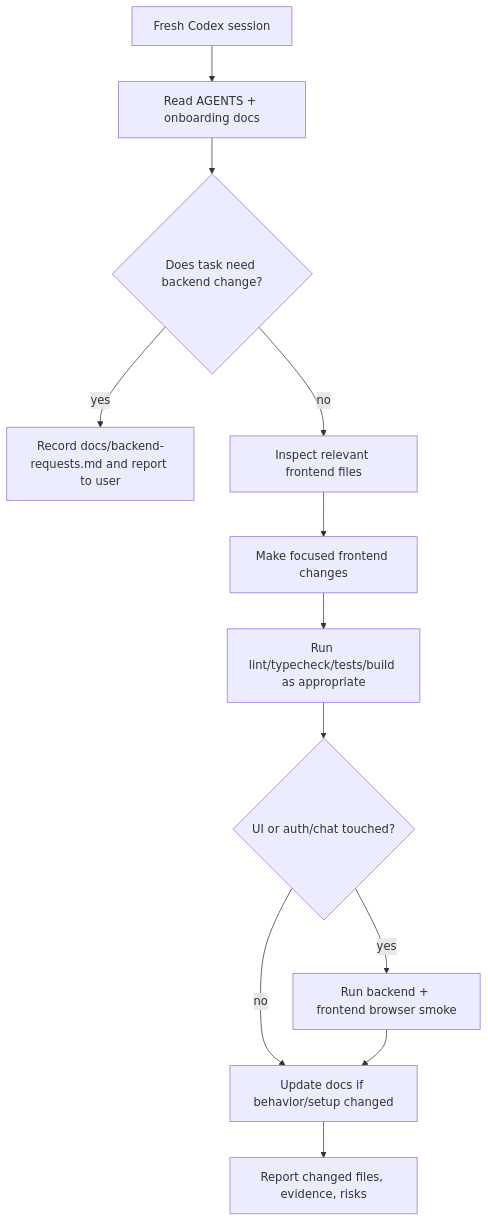
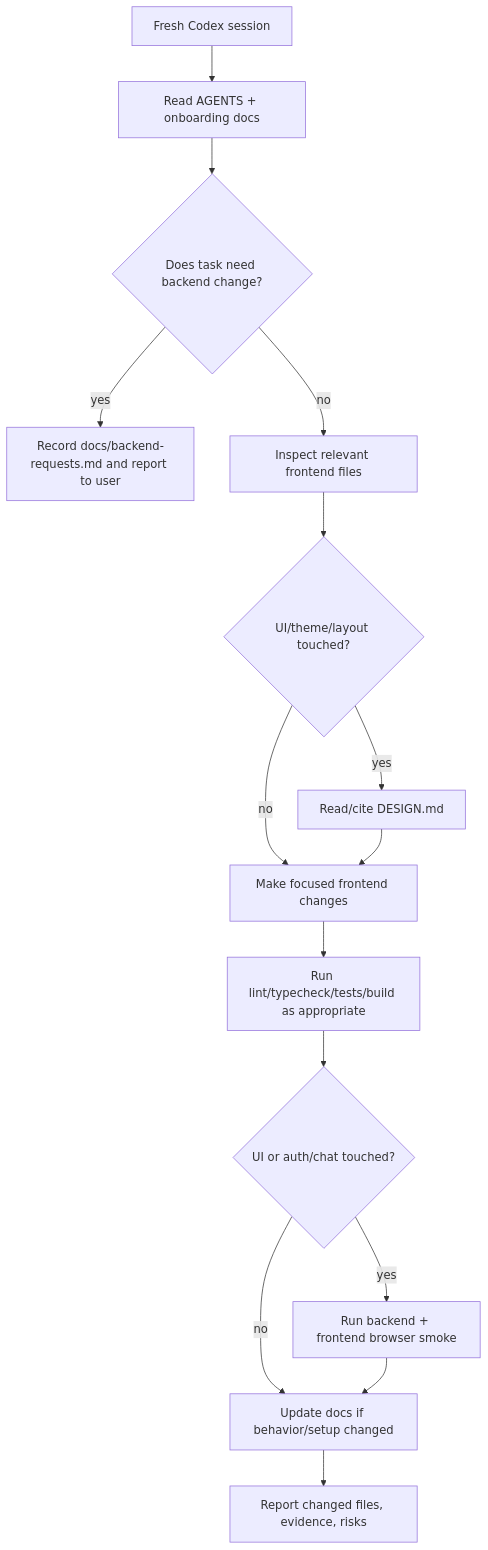
One commit to heecheon92/my-agents-frontend changed the diagram in docs/agent-onboarding.md. Above: the diagram before and after it, drawn with Mermaid. The commit also changed other lines of this file and 27 other files, not shown here.

First line of the commit message:
Make design and localization contracts explicit

````diff
--- a/docs/agent-onboarding.md
+++ b/docs/agent-onboarding.md
@@ -51,14 +53,17 @@
 ```mermaid
 flowchart TD
     Start[Fresh Codex session] --> Read[Read AGENTS + onboarding docs]
     Read --> Scope{Does task need backend change?}
     Scope -- yes --> Request[Record docs/backend-requests.md and report to user]
     Scope -- no --> Inspect[Inspect relevant frontend files]
-    Inspect --> Edit[Make focused frontend changes]
+    Inspect --> Design{UI/theme/layout touched?}
+    Design -- yes --> Contract[Read/cite DESIGN.md]
+    Design -- no --> Edit[Make focused frontend changes]
+    Contract --> Edit
     Edit --> Verify[Run lint/typecheck/tests/build as appropriate]
     Verify --> Browser{UI or auth/chat touched?}
     Browser -- yes --> Smoke[Run backend + frontend browser smoke]
     Browser -- no --> Docs[Update docs if behavior/setup changed]
     Smoke --> Docs
     Docs --> Report[Report changed files, evidence, risks]
 ```
````
